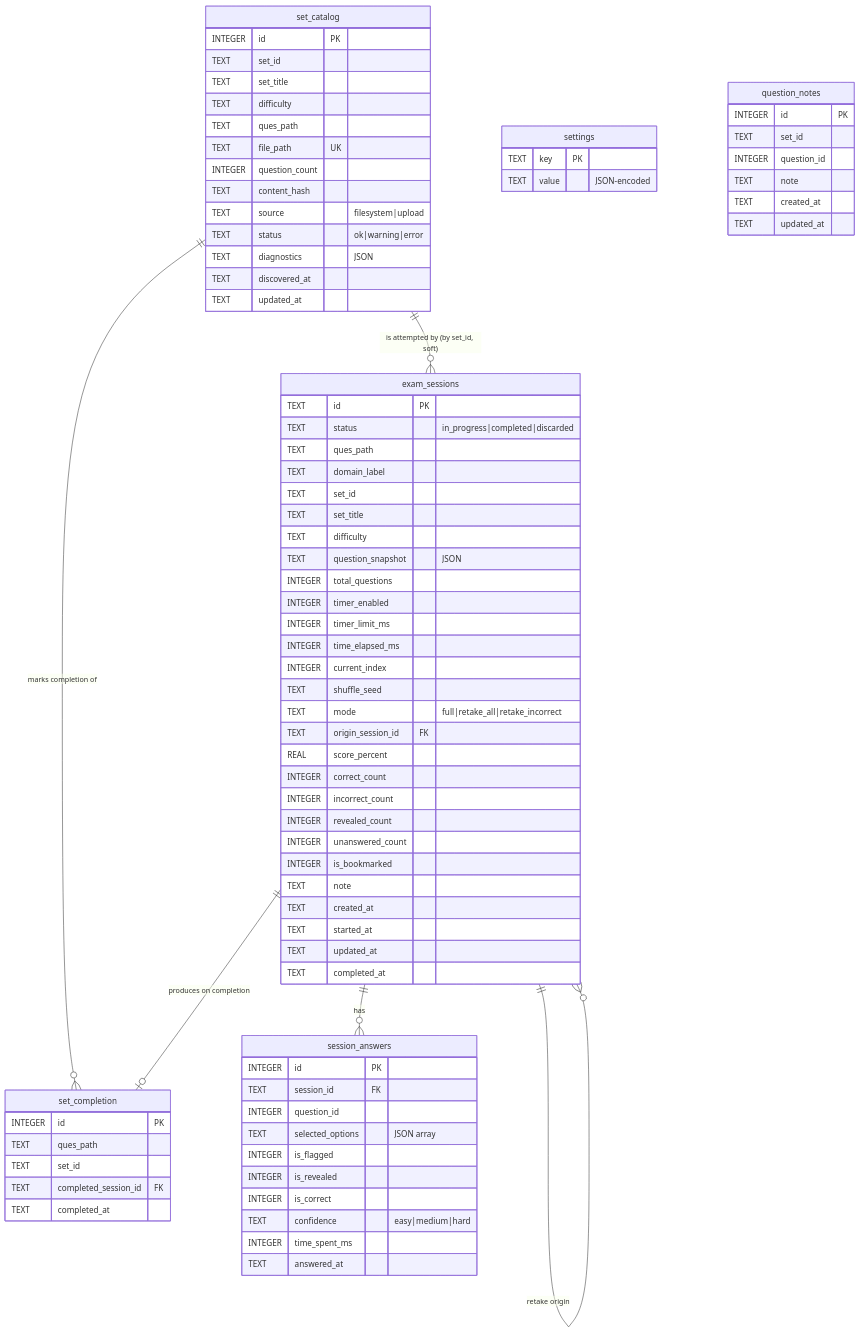
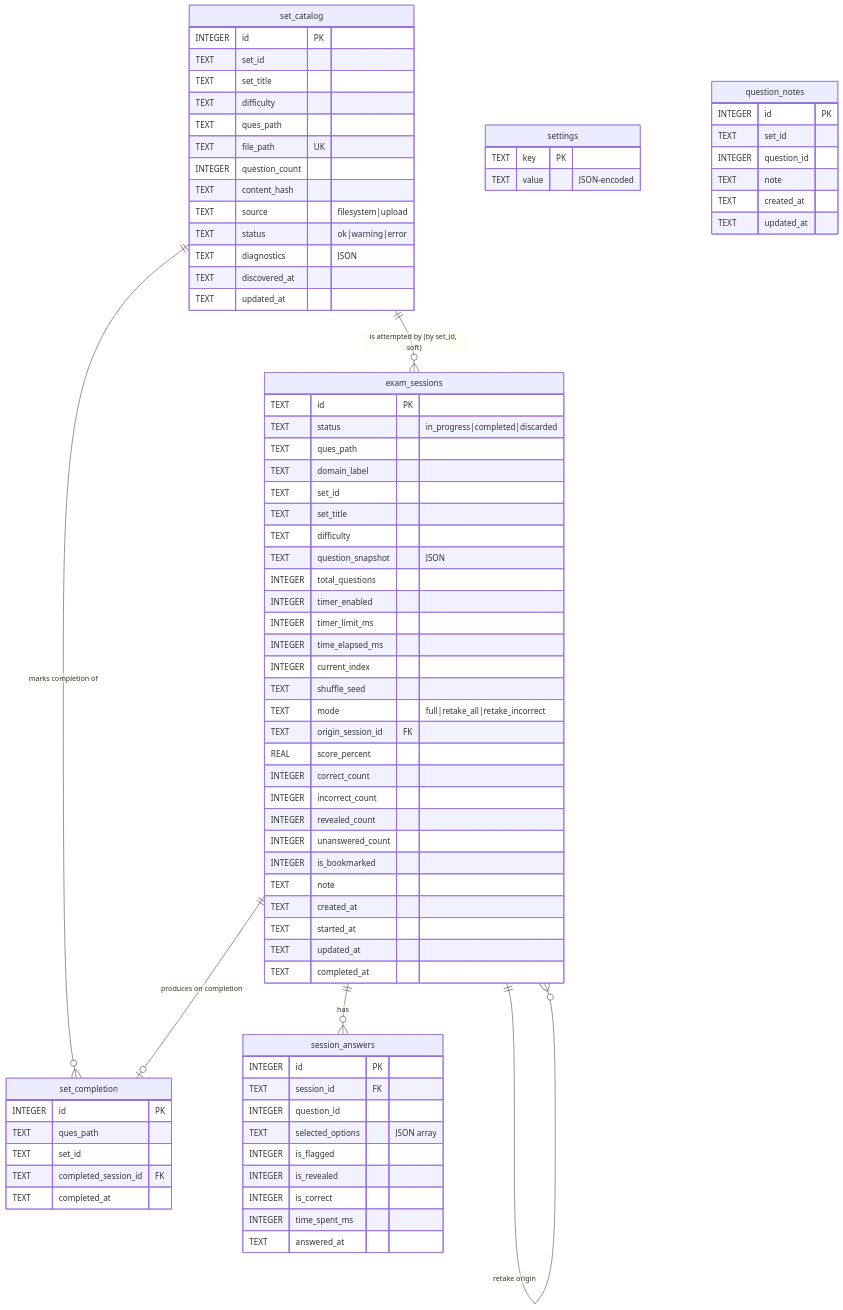
One commit to n-saakib/exam-engine changed the first of 2 diagrams in docs/02-data-model.md. Above: the diagram before and after it, drawn with Mermaid. The commit also changed other lines of this file and 30 other files, not shown here.

```diff
--- a/docs/02-data-model.md
+++ b/docs/02-data-model.md
@@ -214,7 +214,6 @@
         INTEGER is_flagged
         INTEGER is_revealed
         INTEGER is_correct
-        TEXT confidence "easy|medium|hard"
         INTEGER time_spent_ms
         TEXT answered_at
     }
```
